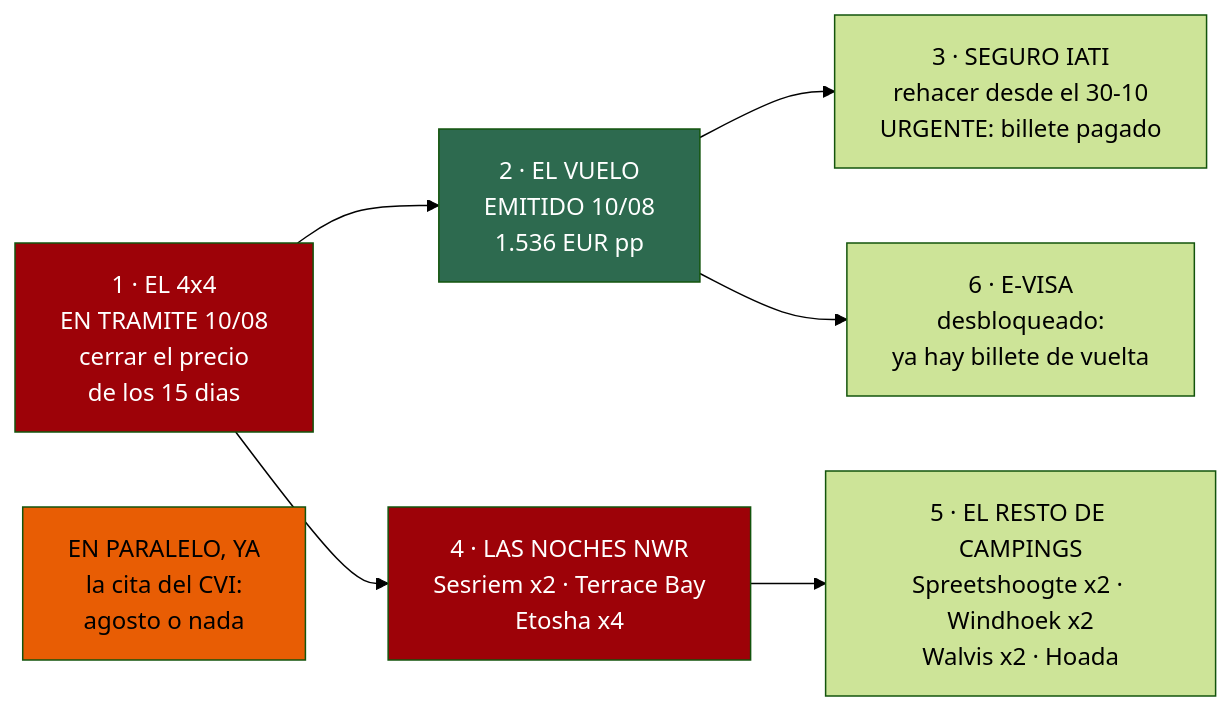
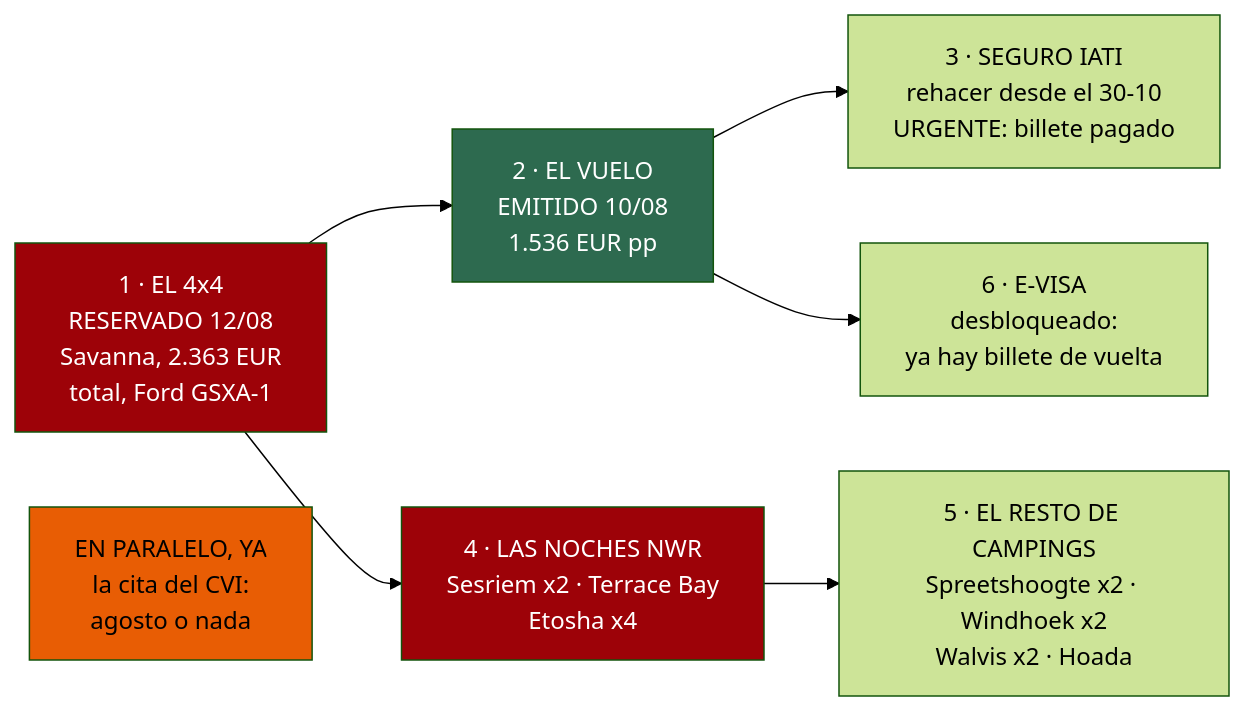
Before and after one commit to morandeirachema/namibia: the diagram in 20-reservas.md, drawn with Mermaid (forest theme). The commit also changed other lines of this file and 14 other files, not shown here.

````diff
--- a/20-reservas.md
+++ b/20-reservas.md
@@ -27,14 +27,14 @@
 ```mermaid
 flowchart LR
 %% ancho
-    C["1 · EL 4x4<br/>EN TRAMITE 10/08<br/>cerrar el precio<br/>de los 15 dias"] --> V["2 · EL VUELO<br/>EMITIDO 10/08<br/>1.536 EUR pp"]
+    C["1 · EL 4x4<br/>RESERVADO 12/08<br/>Savanna, 2.363 EUR<br/>total, Ford GSXA-1"] --> V["2 · EL VUELO<br/>EMITIDO 10/08<br/>1.536 EUR pp"]
     V --> S["3 · SEGURO IATI<br/>rehacer desde el 30-10<br/>URGENTE: billete pagado"]
     V --> E["6 · E-VISA<br/>desbloqueado:<br/>ya hay billete de vuelta"]
     C --> N["4 · LAS NOCHES NWR<br/>Sesriem x2 · Terrace Bay<br/>Etosha x4"]
     N --> R["5 · EL RESTO DE CAMPINGS<br/>Spreetshoogte x2 · Windhoek x2<br/>Walvis x2 · Hoada"]
     P["EN PARALELO, YA<br/>la cita del CVI:<br/>agosto o nada"]
     style C fill:#9d0208,color:#fff
     style V fill:#2d6a4f,color:#fff
     style N fill:#9d0208,color:#fff
     style P fill:#e85d04,color:#000
 ```
````
